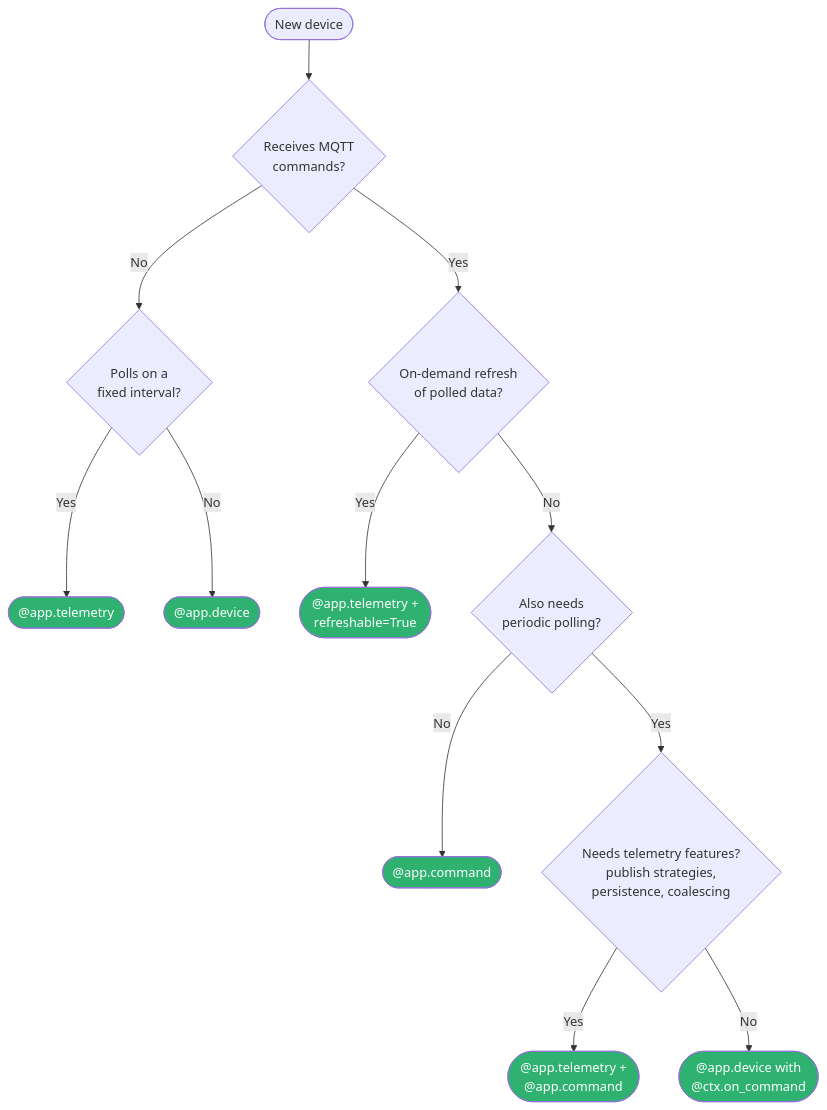
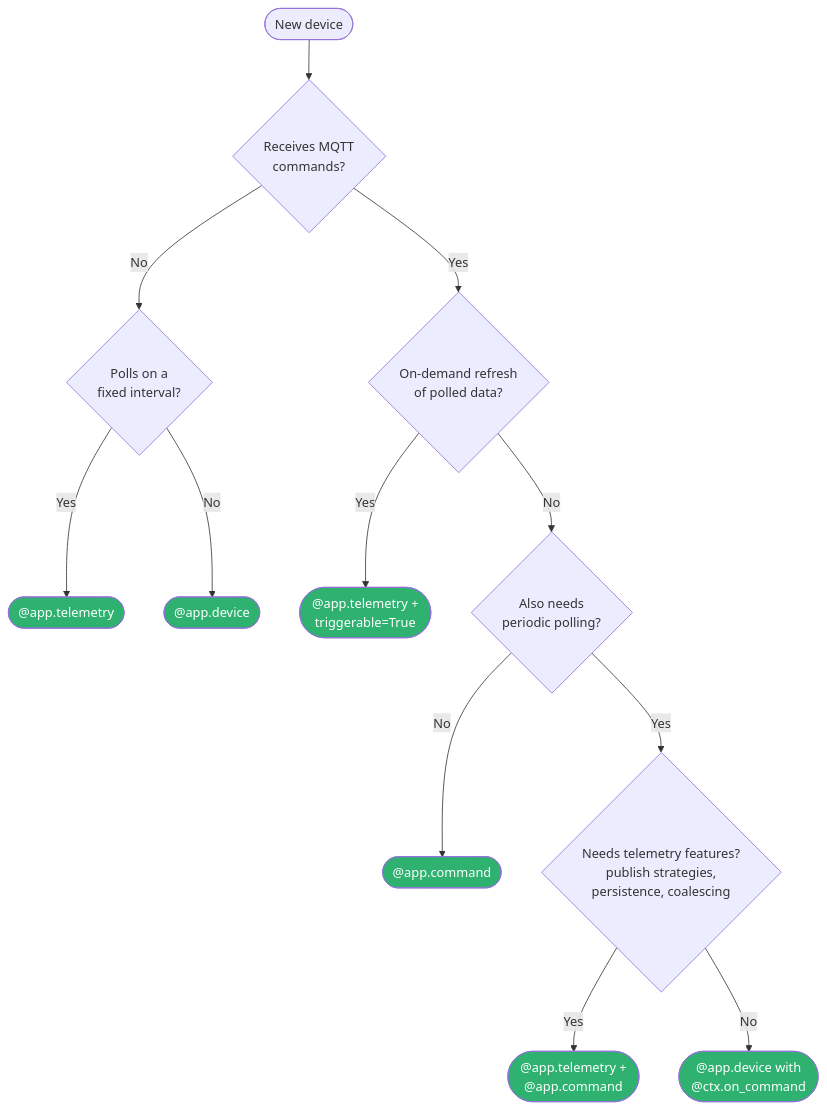
The fourth of 4 diagrams in docs/concepts/device-archetypes.md (ff-fab/cosalette), drawn with Mermaid before and after one commit. The commit also changed other lines of this file and 11 other files, not shown here.

First line of the commit message:
fix: remove refreshable alias, canonicalise triggerable across docs and tests

````diff
--- a/docs/concepts/device-archetypes.md
+++ b/docs/concepts/device-archetypes.md
@@ -321,23 +321,23 @@
 ```mermaid
 graph TD
     Start([New device]) --> Q1{Receives MQTT<br/>commands?}
 
     Q1 -->|No| Q2{Polls on a<br/>fixed interval?}
     Q2 -->|Yes| T(["@app.telemetry"])
     Q2 -->|No| D1(["@app.device"])
 
     Q1 -->|Yes| Q1a{On-demand refresh<br/>of polled data?}
-    Q1a -->|Yes| TT(["@app.telemetry +<br/>refreshable=True"])
+    Q1a -->|Yes| TT(["@app.telemetry +<br/>triggerable=True"])
     Q1a -->|No| Q3{Also needs<br/>periodic polling?}
     Q3 -->|No| C(["@app.command"])
     Q3 -->|Yes| Q4{Needs telemetry features?<br/>publish strategies,<br/>persistence, coalescing}
     Q4 -->|Yes| TC(["@app.telemetry +<br/>@app.command"])
     Q4 -->|No| D2(["@app.device with<br/>@ctx.on_command"])
 
     style T fill:#2FB170,color:#fff
     style D1 fill:#2FB170,color:#fff
     style C fill:#2FB170,color:#fff
     style TT fill:#2FB170,color:#fff
     style TC fill:#2FB170,color:#fff
     style D2 fill:#2FB170,color:#fff
 ```
````
